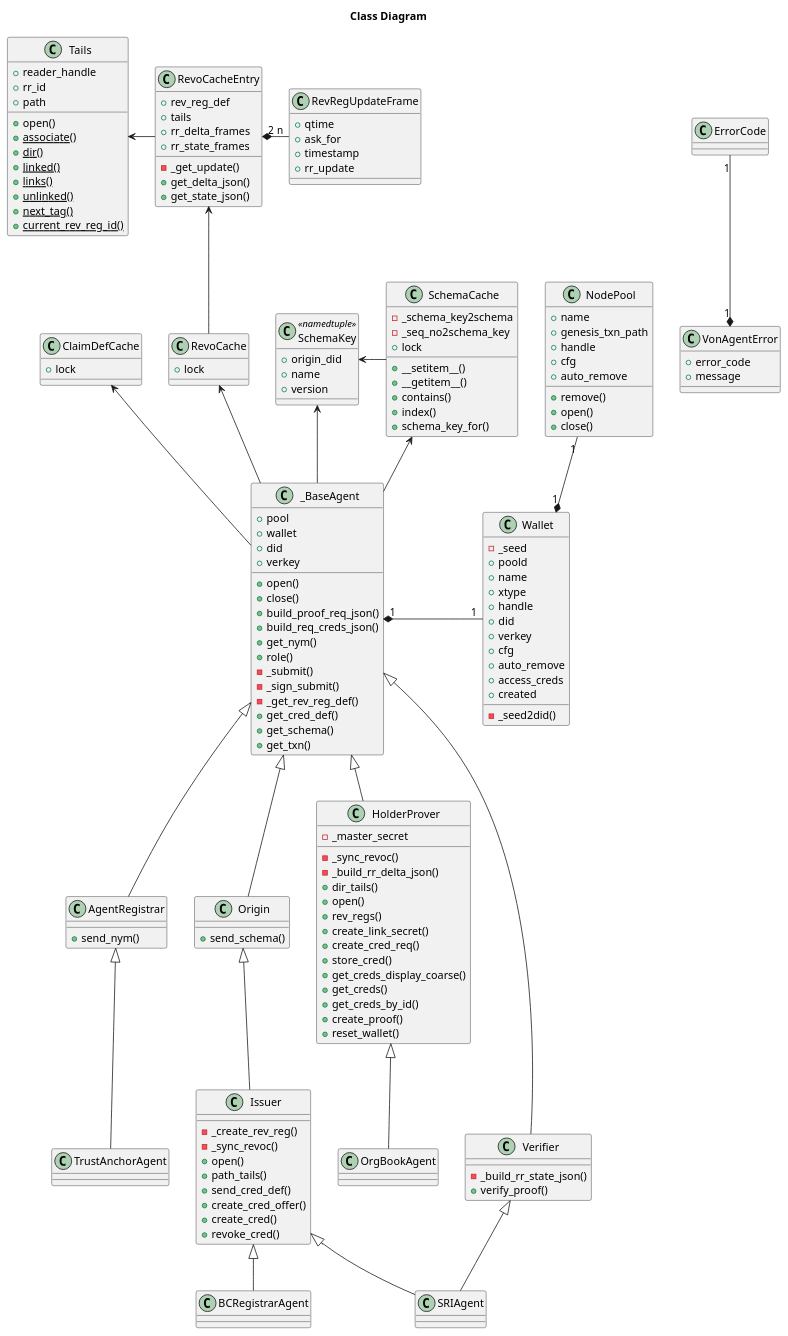
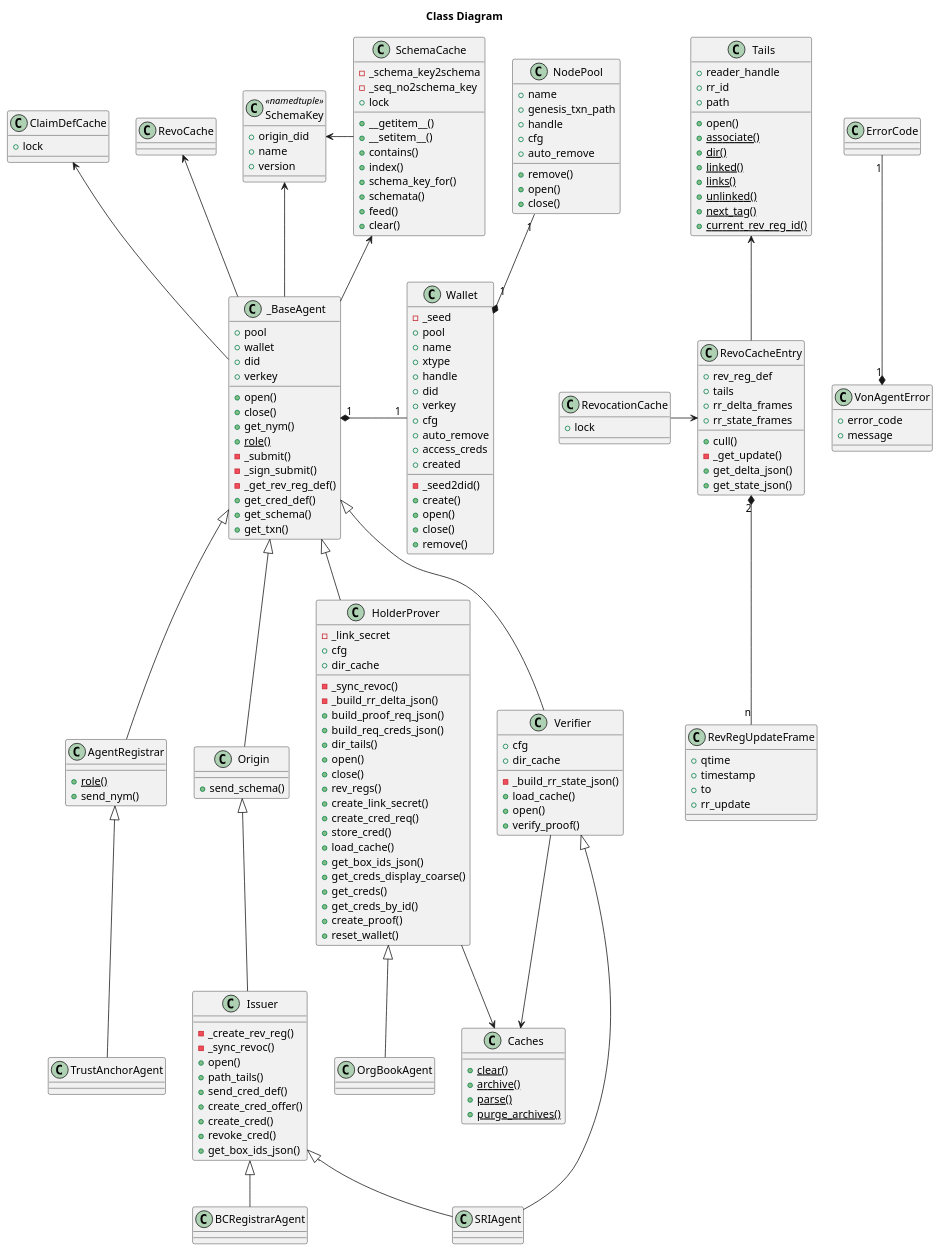
Before and after one commit to PSPC-SPAC-buyandsell/von_base: the diagram in doc/pic/src/class.puml, drawn with PlantUML. The commit also changed 14 other files, not shown here.

Commit message:
offline and cache frame extension details

```diff
--- a/doc/pic/src/class.puml
+++ b/doc/pic/src/class.puml
@@ -35,11 +35,14 @@
     -_schema_key2schema
     -_seq_no2schema_key
     +lock
+    +__getitem__()
     +__setitem__()
-    +__getitem__()
     +contains()
     +index()
     +schema_key_for()
+    +schemata()
+    +feed()
+    +clear()
 }
 
 class ClaimDefCache{
@@ -63,6 +66,7 @@
 class RevoCacheEntry {
     +rev_reg_def
     +tails
+    +cull()
     -_get_update()
     +rr_delta_frames
     +rr_state_frames
@@ -72,19 +76,26 @@
 
 class RevRegUpdateFrame {
     +qtime
-    +ask_for
     +timestamp
+    +to
     +rr_update
 }
 
-class RevoCache{
+class RevocationCache {
     +lock
+}
+
+class Caches {
+    {static} +clear()
+    {static} +archive()
+    {static} +parse()
+    {static} +purge_archives()
 }
 
 class Wallet {
     -_seed2did()
     -_seed
-    +poold
+    +pool
     +name
     +xtype
     +handle
@@ -94,6 +105,10 @@
     +auto_remove
     +access_creds
     +created
+    +create()
+    +open()
+    +close()
+    +remove()
 }
 
 class NodePool {
@@ -114,10 +129,8 @@
     +verkey
     +open()
     +close()
-    +build_proof_req_json()
-    +build_req_creds_json()
     +get_nym()
-    +role()
+    {static} +role()
     -_submit()
     -_sign_submit()
     -_get_rev_reg_def()
@@ -127,6 +140,7 @@
 }
 
 class AgentRegistrar {
+    {static} +role()
     +send_nym()
 }
 
@@ -143,18 +157,26 @@
     +create_cred_offer()
     +create_cred()
     +revoke_cred()
+    +get_box_ids_json()
 }
 
 class HolderProver {
-    -_master_secret
+    -_link_secret
     -_sync_revoc()
     -_build_rr_delta_json()
+    +cfg
+    +dir_cache
+    +build_proof_req_json()
+    +build_req_creds_json()
     +dir_tails()
     +open()
+    +close()
     +rev_regs()
     +create_link_secret()
     +create_cred_req()
     +store_cred()
+    +load_cache()
+    +get_box_ids_json()
     +get_creds_display_coarse()
     +get_creds()
     +get_creds_by_id()
@@ -164,6 +186,10 @@
 
 class Verifier {
     -_build_rr_state_json()
+    +cfg
+    +dir_cache
+    +load_cache()
+    +open()
     +verify_proof()
 }
 
@@ -187,9 +213,9 @@
 _BaseAgent "1" *-right- "1" Wallet
 Wallet "1" *-up- "1" NodePool
 
-RevoCacheEntry -left-> Tails
-RevoCacheEntry "2" *-right- "n" RevRegUpdateFrame
-RevoCache -up-> RevoCacheEntry
+RevoCacheEntry -up-> Tails
+RevoCacheEntry "2" *-down- "n" RevRegUpdateFrame
+RevocationCache -> RevoCacheEntry
 
 _BaseAgent -up-> RevoCache
 
@@ -209,4 +235,7 @@
 
 HolderProver <|-down- OrgBookAgent
 
+HolderProver --> Caches
+Verifier --> Caches
+
 @enduml
```
